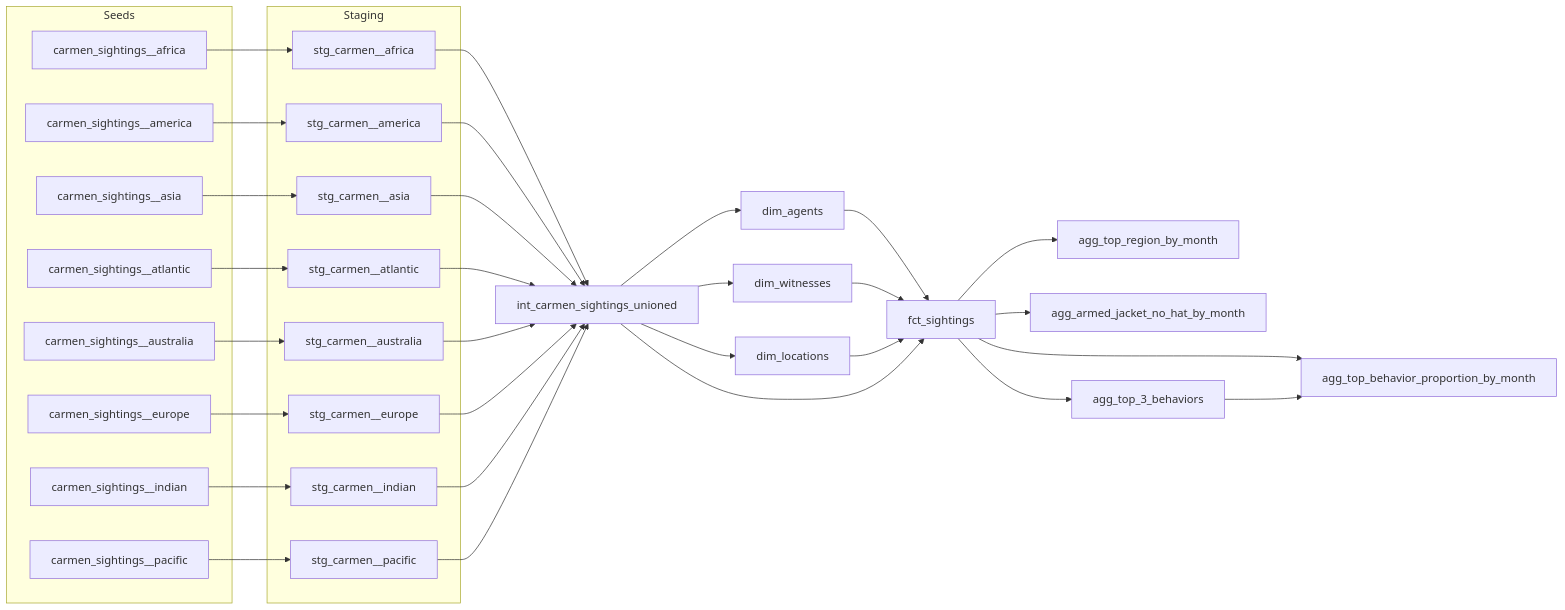
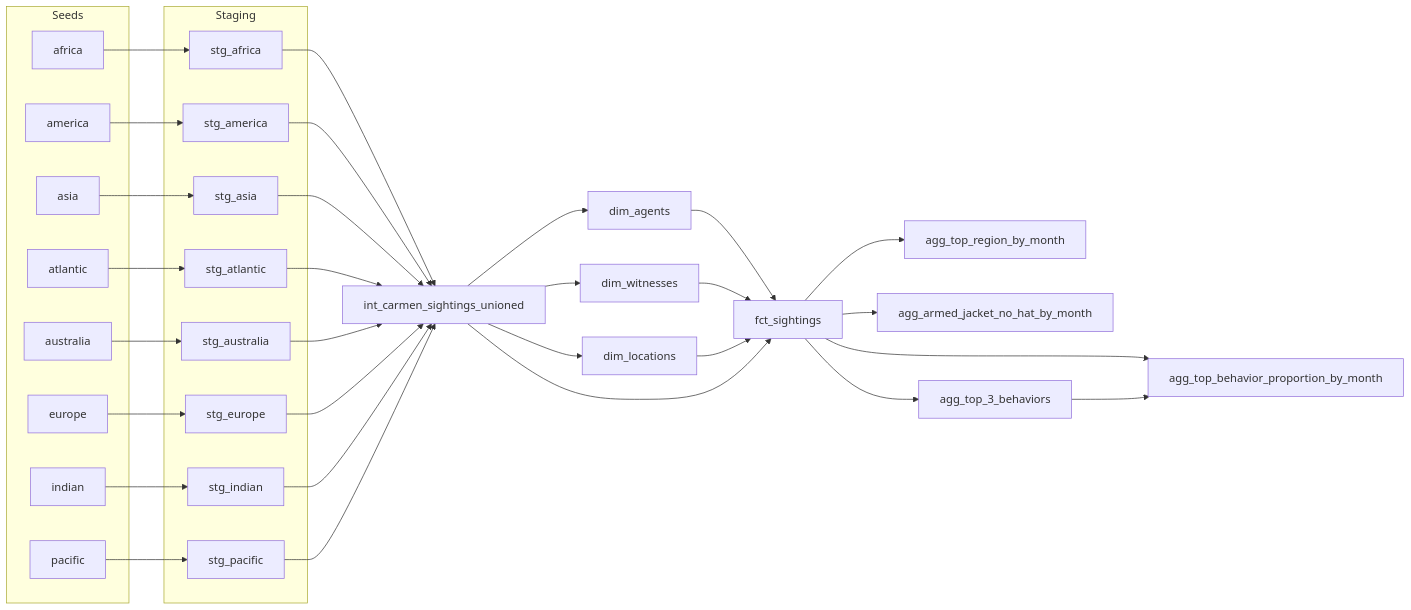
The second of 2 diagrams in README.md (SohamArya00/wheres-carmen-dbt), drawn with Mermaid before and after one commit. The commit also changed other lines of this file, not shown here.

````diff
--- a/README.md
+++ b/README.md
@@ -87,46 +129,32 @@
 ```mermaid
 graph LR
     subgraph Seeds
-    A1[carmen_sightings__africa]
-    A2[carmen_sightings__america]
-    A3[carmen_sightings__asia]
-    A4[carmen_sightings__atlantic]
-    A5[carmen_sightings__australia]
-    A6[carmen_sightings__europe]
-    A7[carmen_sightings__indian]
-    A8[carmen_sightings__pacific]
+    A1[africa] & A2[america] & A3[asia] & A4[atlantic] & A5[australia] & A6[europe] & A7[indian] & A8[pacific]
     end
 
     subgraph Staging
-    S1[stg_carmen__africa]
-    S2[stg_carmen__america]
-    S3[stg_carmen__asia]
-    S4[stg_carmen__atlantic]
-    S5[stg_carmen__australia]
-    S6[stg_carmen__europe]
-    S7[stg_carmen__indian]
-    S8[stg_carmen__pacific]
+    S1[stg_africa] & S2[stg_america] & S3[stg_asia] & S4[stg_atlantic] & S5[stg_australia] & S6[stg_europe] & S7[stg_indian] & S8[stg_pacific]
     end
 
     A1-->S1
     A2-->S2
     A3-->S3
     A4-->S4
     A5-->S5
     A6-->S6
     A7-->S7
     A8-->S8
 
     S1 & S2 & S3 & S4 & S5 & S6 & S7 & S8 --> U[int_carmen_sightings_unioned]
 
     U --> DA[dim_agents]
     U --> DW[dim_witnesses]
     U --> DL[dim_locations]
     DA & DW & DL & U --> F[fct_sightings]
 
     F --> Qa[agg_top_region_by_month]
     F --> Qb[agg_armed_jacket_no_hat_by_month]
     F --> Qc[agg_top_3_behaviors]
     F --> Qd[agg_top_behavior_proportion_by_month]
     Qc --> Qd
 ```
````
